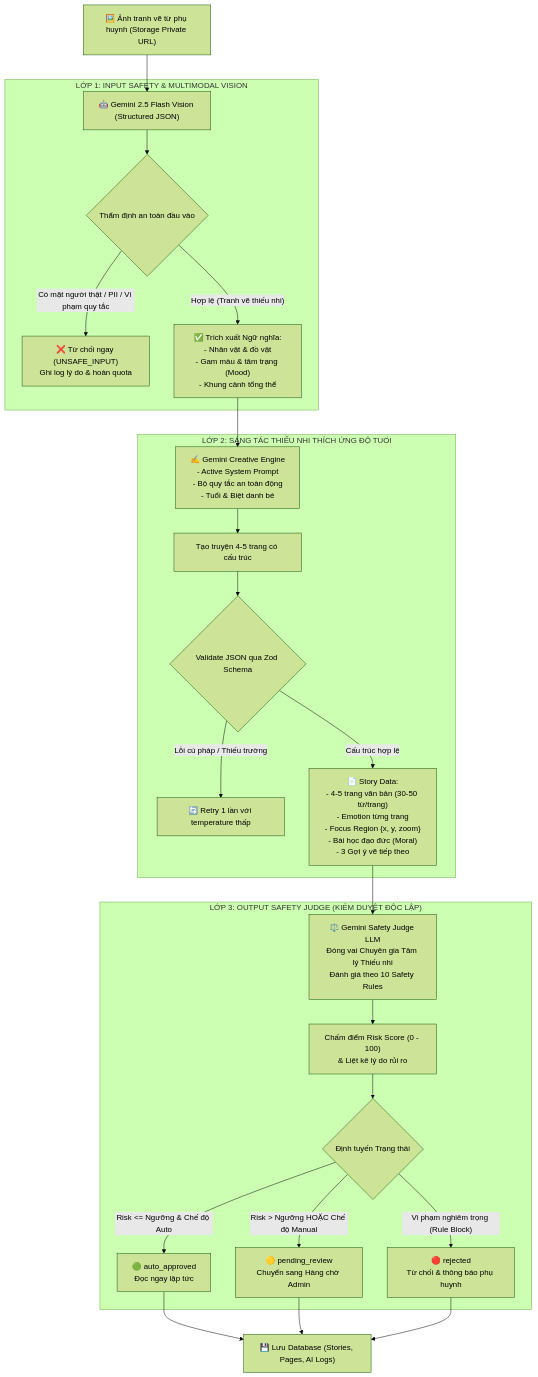
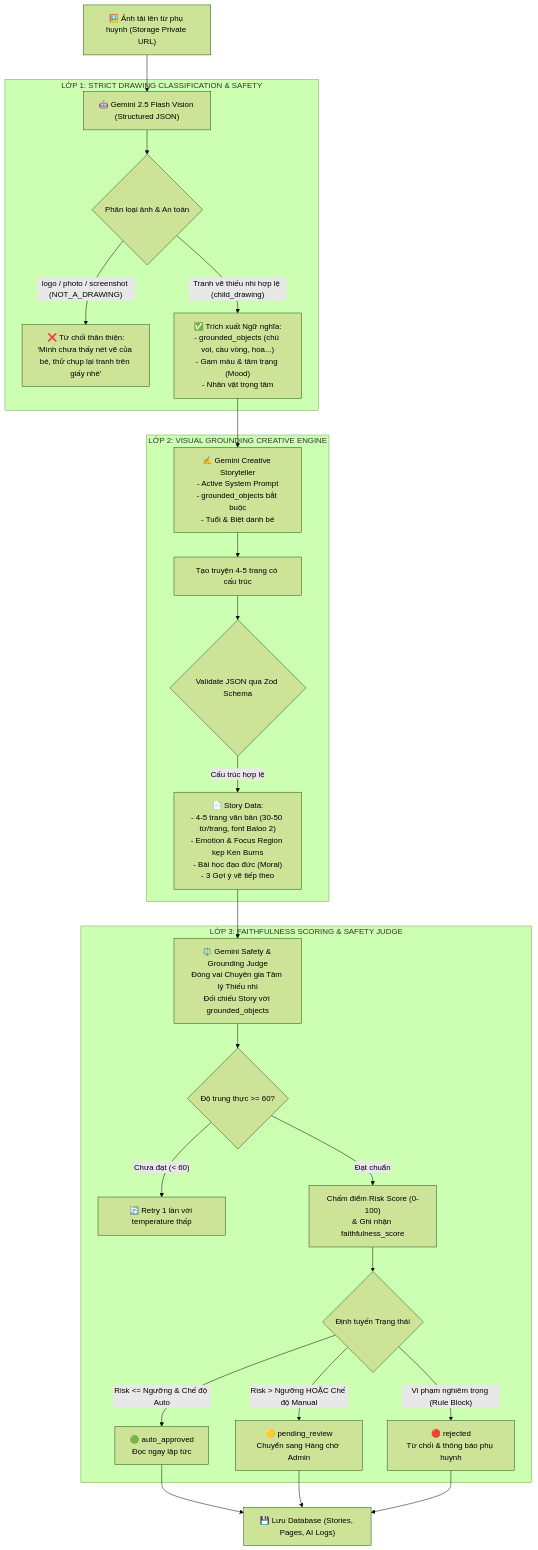
The diagram in docs/02-GIAO-DIEN-AI.md (nguyendangha10126-svg/Doan-AIBD), drawn with Mermaid (forest theme) before and after one commit. The commit also changed other lines of this file and 28 other files, not shown here.

````diff
--- a/docs/02-GIAO-DIEN-AI.md
+++ b/docs/02-GIAO-DIEN-AI.md
@@ -16,36 +16,37 @@
 ```mermaid
 flowchart TD
-    A["🖼️ Ảnh tranh vẽ từ phụ huynh (Storage Private URL)"] --> L1
+    A["🖼️ Ảnh tải lên từ phụ huynh (Storage Private URL)"] --> L1
 
-    subgraph Layer1 ["LỚP 1: INPUT SAFETY & MULTIMODAL VISION"]
+    subgraph Layer1 ["LỚP 1: STRICT DRAWING CLASSIFICATION & SAFETY"]
         L1["🤖 Gemini 2.5 Flash Vision (Structured JSON)"]
-        L1 --> L1Check{"Thẩm định an toàn đầu vào"}
-        L1Check -- "Có mặt người thật / PII / Vi phạm quy tắc" --> L1Reject["❌ Từ chối ngay (UNSAFE_INPUT)<br/>Ghi log lý do & hoàn quota"]
-        L1Check -- "Hợp lệ (Tranh vẽ thiếu nhi)" --> L1Data["✅ Trích xuất Ngữ nghĩa:<br/>- Nhân vật & đồ vật<br/>- Gam màu & tâm trạng (Mood)<br/>- Khung cảnh tổng thể"]
+        L1 --> L1Class{"Phân loại ảnh & An toàn"}
+        L1Class -- "logo / photo / screenshot (NOT_A_DRAWING)" --> L1Reject["❌ Từ chối thân thiện:<br/>'Mình chưa thấy nét vẽ của bé, thử chụp lại tranh trên giấy nhé'"]
+        L1Class -- "Tranh vẽ thiếu nhi hợp lệ (child_drawing)" --> L1Data["✅ Trích xuất Ngữ nghĩa:<br/>- grounded_objects (chú voi, cầu vồng, hoa...)<br/>- Gam màu & tâm trạng (Mood)<br/>- Nhân vật trọng tâm"]
     end
 
     L1Data --> L2
 
-    subgraph Layer2 ["LỚP 2: SÁNG TÁC THIẾU NHI THÍCH ỨNG ĐỘ TUỔI"]
-        L2["✍️ Gemini Creative Engine<br/>- Active System Prompt<br/>- Bộ quy tắc an toàn động<br/>- Tuổi & Biệt danh bé"]
+    subgraph Layer2 ["LỚP 2: VISUAL GROUNDING CREATIVE ENGINE"]
+        L2["✍️ Gemini Creative Storyteller<br/>- Active System Prompt<br/>- grounded_objects bắt buộc<br/>- Tuổi & Biệt danh bé"]
         L2 --> L2Gen["Tạo truyện 4-5 trang có cấu trúc"]
         L2Gen --> L2Zod{"Validate JSON qua Zod Schema"}
-        L2Zod -- "Lỗi cú pháp / Thiếu trường" --> L2Retry["🔄 Retry 1 lần với temperature thấp"]
-        L2Zod -- "Cấu trúc hợp lệ" --> L2Output["📄 Story Data:<br/>- 4-5 trang văn bản (30-50 từ/trang)<br/>- Emotion từng trang<br/>- Focus Region {x, y, zoom}<br/>- Bài học đạo đức (Moral)<br/>- 3 Gợi ý vẽ tiếp theo"]
+        L2Zod -- "Cấu trúc hợp lệ" --> L2Output["📄 Story Data:<br/>- 4-5 trang văn bản (30-50 từ/trang, font Baloo 2)<br/>- Emotion & Focus Region kẹp Ken Burns<br/>- Bài học đạo đức (Moral)<br/>- 3 Gợi ý vẽ tiếp theo"]
     end
 
     L2Output --> L3
 
-    subgraph Layer3 ["LỚP 3: OUTPUT SAFETY JUDGE (KIỂM DUYỆT ĐỘC LẬP)"]
-        L3["⚖️ Gemini Safety Judge LLM<br/>Đóng vai Chuyên gia Tâm lý Thiếu nhi<br/>Đánh giá theo 10 Safety Rules"]
-        L3 --> L3Score["Chấm điểm Risk Score (0 - 100)<br/>& Liệt kê lý do rủi ro"]
+    subgraph Layer3 ["LỚP 3: FAITHFULNESS SCORING & SAFETY JUDGE"]
+        L3["⚖️ Gemini Safety & Grounding Judge<br/>Đóng vai Chuyên gia Tâm lý Thiếu nhi<br/>Đối chiếu Story với grounded_objects"]
+        L3 --> L3Faith{"Độ trung thực >= 60?"}
+        L3Faith -- "Chưa đạt (< 60)" --> L2Retry["🔄 Retry 1 lần với temperature thấp"]
+        L3Faith -- "Đạt chuẩn" --> L3Score["Chấm điểm Risk Score (0-100)<br/>& Ghi nhận faithfulness_score"]
         L3Score --> L3Route{"Định tuyến Trạng thái"}
         L3Route -- "Risk <= Ngưỡng & Chế độ Auto" --> S_Auto["🟢 auto_approved<br/>Đọc ngay lập tức"]
         L3Route -- "Risk > Ngưỡng HOẶC Chế độ Manual" --> S_Pending["🟡 pending_review<br/>Chuyển sang Hàng chờ Admin"]
         L3Route -- "Vi phạm nghiêm trọng (Rule Block)" --> S_Reject["🔴 rejected<br/>Từ chối & thông báo phụ huynh"]
     end
 
     S_Auto --> DB["💾 Lưu Database (Stories, Pages, AI Logs)"]
     S_Pending --> DB
     S_Reject --> DB
 ```
````
